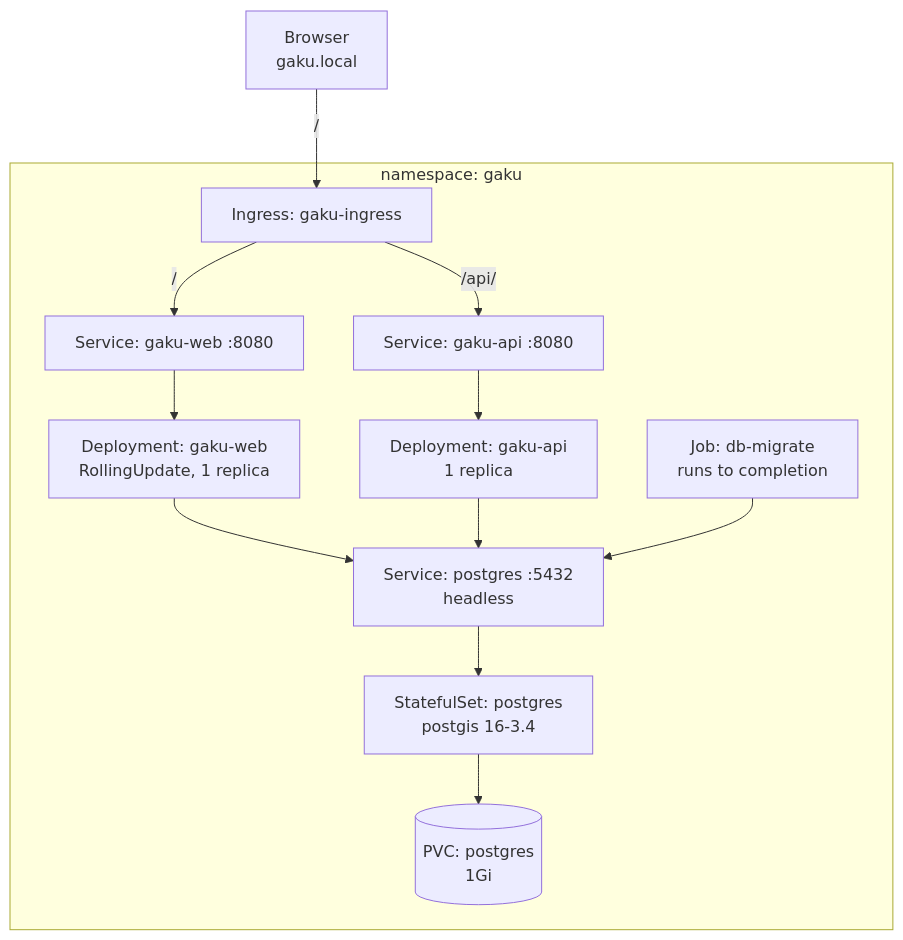
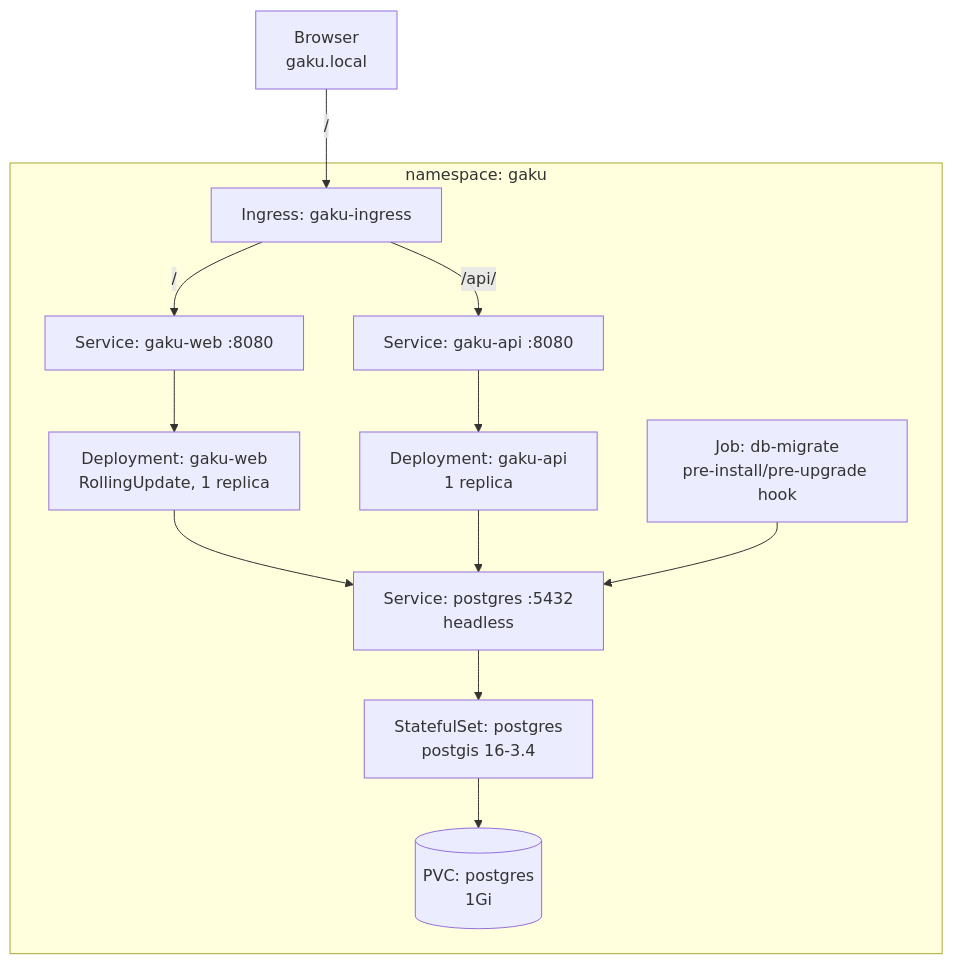
One commit to tuannamtruong/Gaku changed the diagram in docs/infra-local.md. Above: the diagram before and after it, drawn with Mermaid. The commit also changed other lines of this file and 6 other files, not shown here.

First line of the commit message:
Deploy the cluster in minikube with the Helm chart.

````diff
--- a/docs/infra-local.md
+++ b/docs/infra-local.md
@@ -14,24 +14,24 @@
 ```mermaid
 graph TD
   Browser["Browser<br/>gaku.local"]
 
   subgraph Cluster["namespace: gaku"]
     Ingress["Ingress: gaku-ingress"]
     WebSvc["Service: gaku-web :8080"]
     ApiSvc["Service: gaku-api :8080"]
     Web["Deployment: gaku-web<br/>RollingUpdate, 1 replica"]
     Api["Deployment: gaku-api<br/>1 replica"]
-    Job["Job: db-migrate<br/>runs to completion"]
+    Job["Job: db-migrate<br/>pre-install/pre-upgrade hook"]
     PgSvc["Service: postgres :5432<br/>headless"]
     Pg["StatefulSet: postgres<br/>postgis 16-3.4"]
     PVC[("PVC: postgres<br/>1Gi")]
   end
 
   Browser -->|"/"| Ingress
   Ingress -->|"/"| WebSvc --> Web
   Ingress -->|"/api/"| ApiSvc --> Api
   Web --> PgSvc
   Api --> PgSvc
   Job --> PgSvc
   PgSvc --> Pg --> PVC
 ```
````
